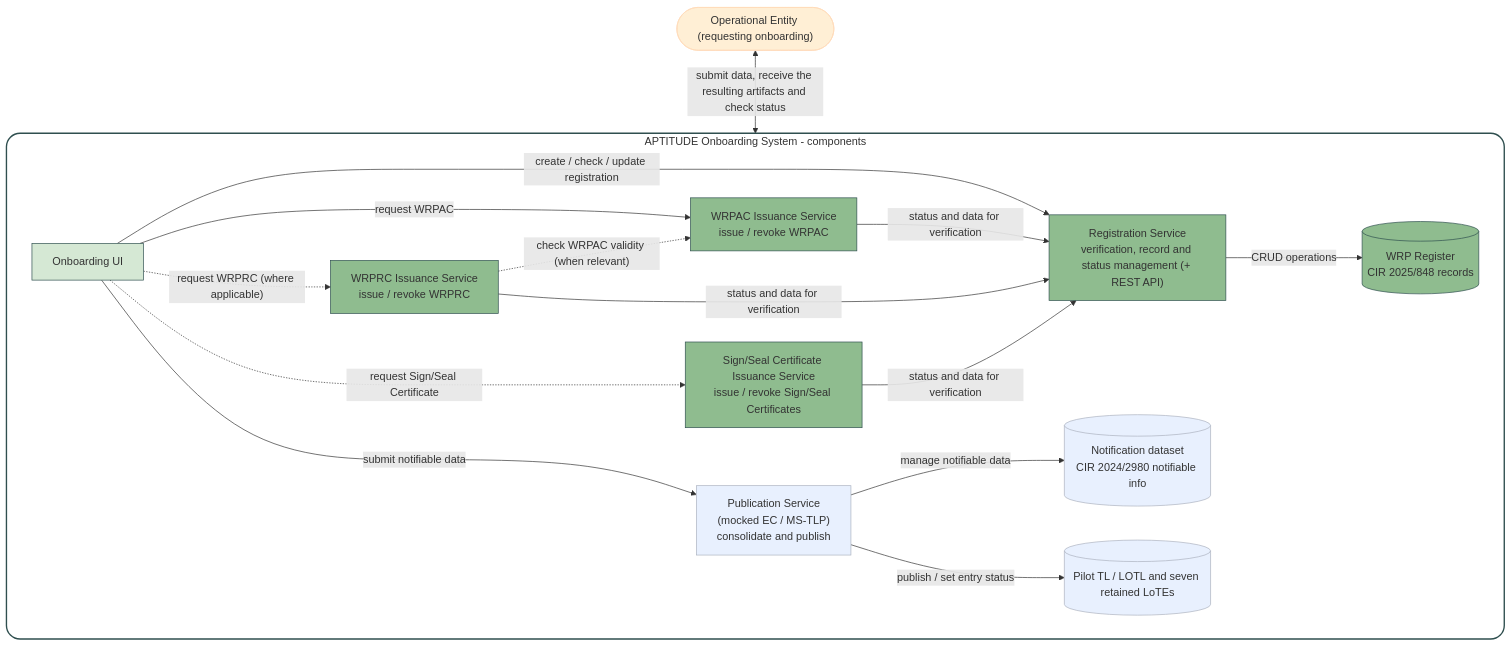
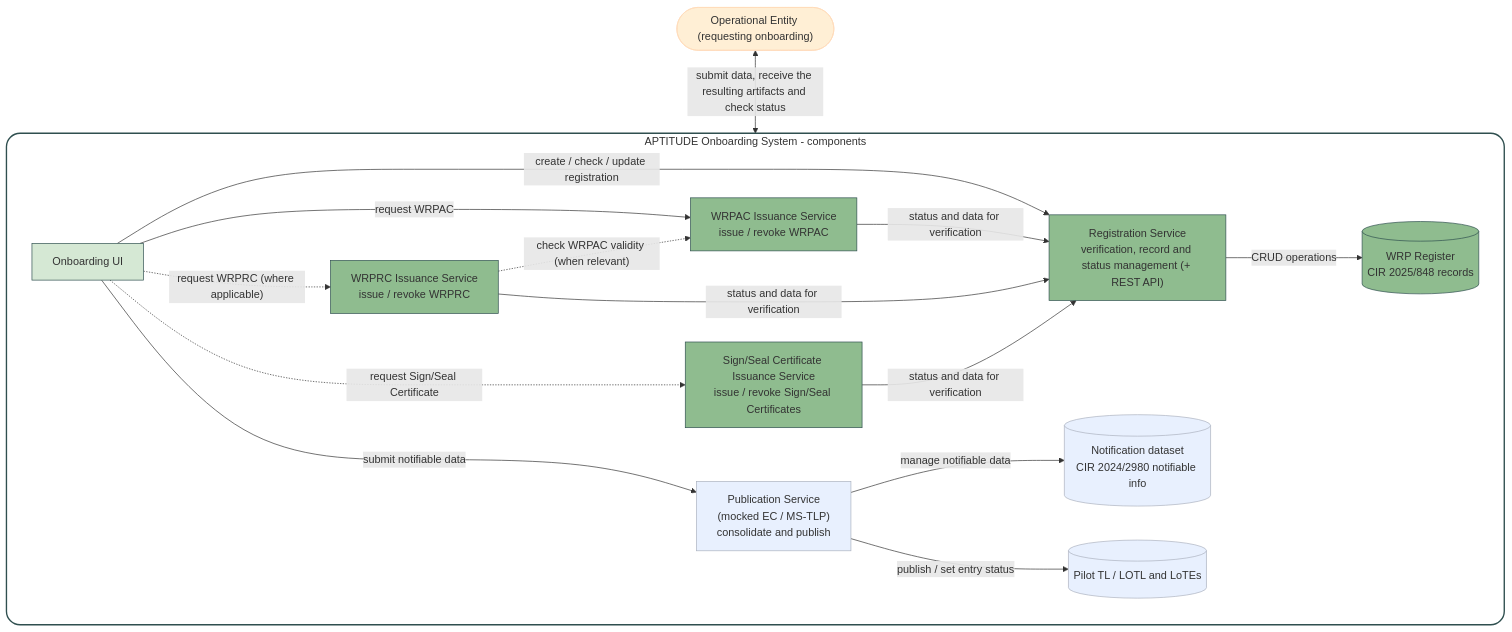
One commit to APTITUDE-Consortium/wp2-trust-specifications changed the third of 5 diagrams in docs/topics/onboarding-process.md. Above: the diagram before and after it, drawn with Mermaid. The commit also changed other lines of this file and 16 other files, not shown here.

````diff
--- a/docs/topics/onboarding-process.md
+++ b/docs/topics/onboarding-process.md
@@ -128,45 +126,45 @@
 ```mermaid
 graph TB
 
     OpEn(["Operational Entity (requesting onboarding)"])
 
     subgraph SYS["APTITUDE Onboarding System - components"]
         direction LR
         UI["Onboarding UI"]
         RegSvc["Registration Service<br/>verification, record and status management (+ REST API)"]
         WRPReg[("WRP Register<br/>CIR 2025/848 records")]
         ACsvc["WRPAC Issuance Service<br/>issue / revoke WRPAC"]
         RCsvc["WRPRC Issuance Service<br/>issue / revoke WRPRC"]
         SSCsvc["Sign/Seal Certificate Issuance Service<br/>issue / revoke Sign/Seal Certificates"]
         PubSvc["Publication Service<br/>(mocked EC / MS-TLP)<br/>consolidate and publish"]
         NotifDS[("Notification dataset<br/>CIR 2024/2980 notifiable info")]
-        Lists[("Pilot TL / LOTL and seven retained LoTEs")]
+        Lists[("Pilot TL / LOTL and LoTEs")]
 
         UI -->|"create / check / update registration"| RegSvc
         UI -->|"request WRPAC"| ACsvc
         UI -.->|"request WRPRC (where applicable)"| RCsvc
         UI -.->|"request Sign/Seal Certificate"| SSCsvc
         UI -->|"submit notifiable data"| PubSvc
         RegSvc -->|"CRUD operations"| WRPReg
         ACsvc -->|"status and data for verification"| RegSvc
         RCsvc -->|"status and data for verification"| RegSvc
         SSCsvc -->|"status and data for verification"| RegSvc
         RCsvc -.->|"check WRPAC validity (when relevant)"| ACsvc
         RCsvc ~~~ PubSvc
         PubSvc -->|"manage notifiable data"| NotifDS
         PubSvc -->|"publish / set entry status"| Lists
     end
 
     OpEn <-->|"submit data, receive the resulting artifacts and check status"| UI
 
     %% Style
     style SYS fill:#ffff,stroke:#2f4f4f,stroke-width:2px,rx:20,ry:20
     classDef green fill:#8fbc8f,stroke:#2f4f4f
     classDef blue fill:#e8f0fe,stroke:#abb2bf
     classDef cand fill:#ffefd5,stroke:#ffdab9
     classDef ui fill:#d5e8d4,stroke:#2f4f4f
     class RegSvc,ACsvc,RCsvc,SSCsvc,WRPReg green;
     class PubSvc,NotifDS,Lists blue;
     class OpEn cand;
     class UI ui;
 ```
````
